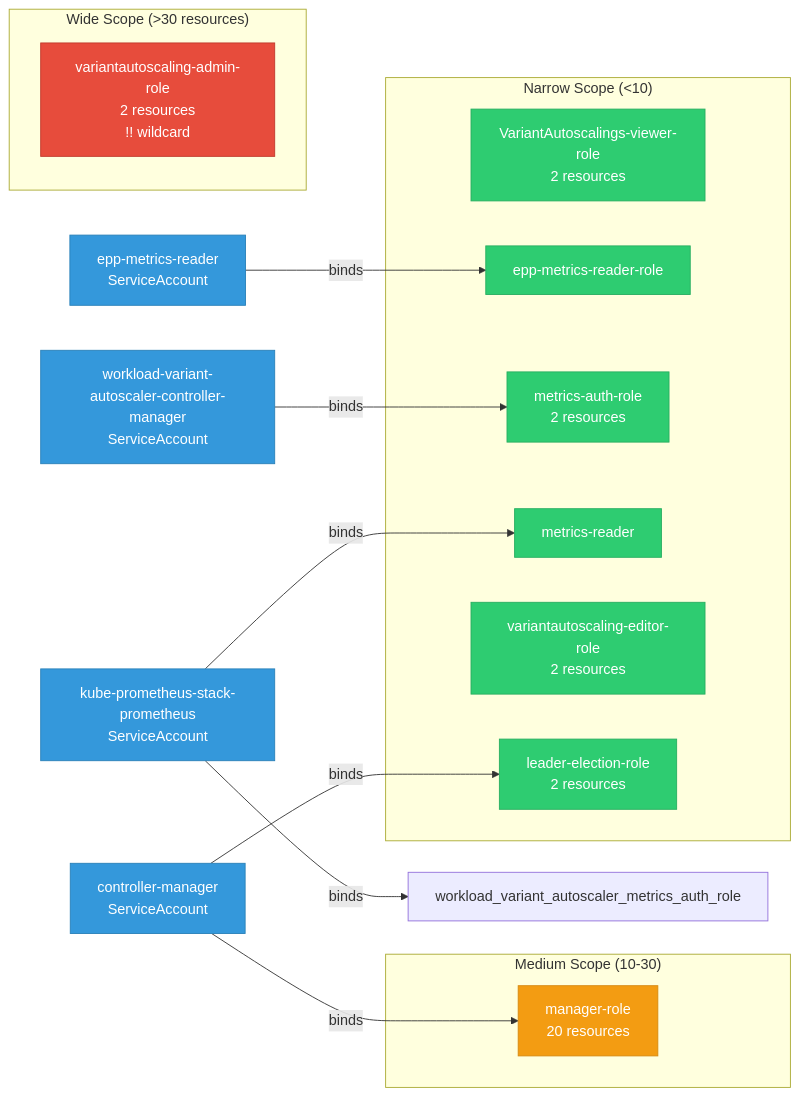
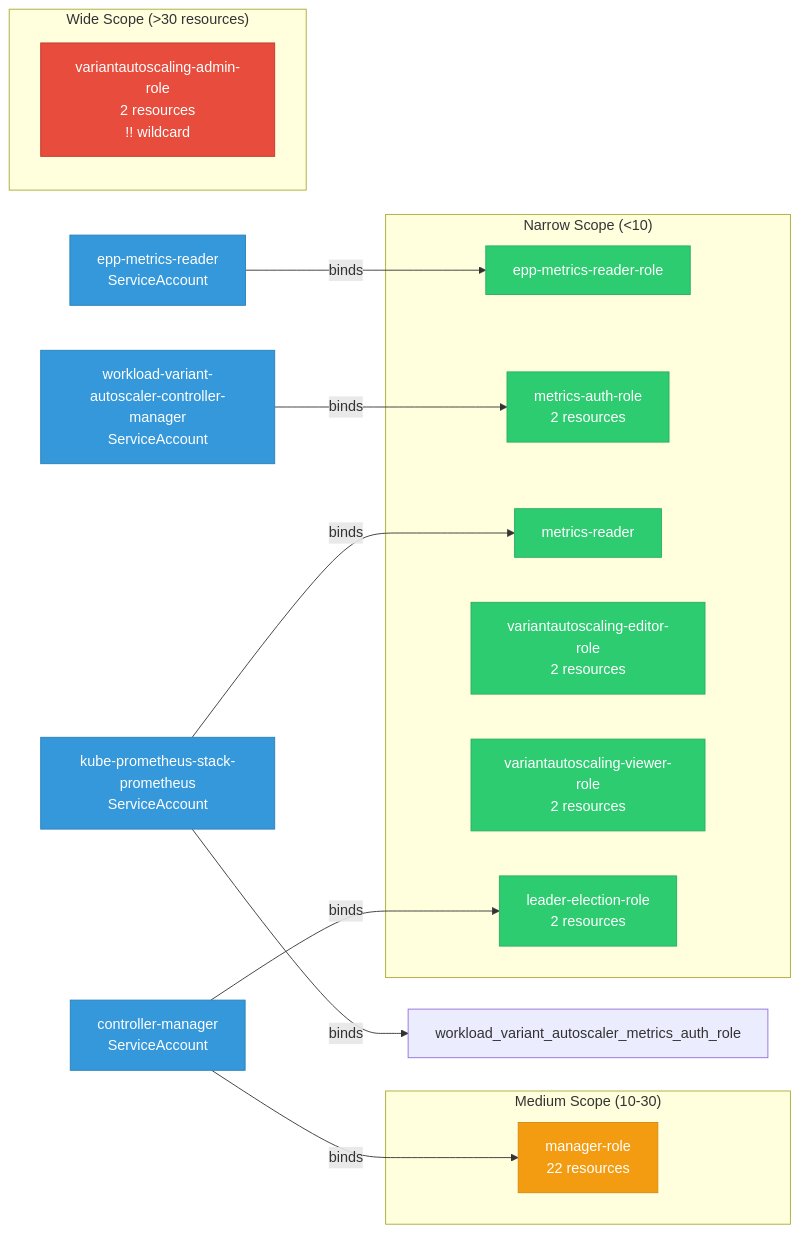
Before and after one commit to ugiordan/rhoai-architecture-analyzer: the diagram in site/docs/use-cases/odh-platform/components/workload_variant_autoscaler/rbac.md, drawn with Mermaid. The commit also changed other lines of this file and 331 other files, not shown here.

````diff
--- a/site/docs/use-cases/odh-platform/components/workload_variant_autoscaler/rbac.md
+++ b/site/docs/use-cases/odh-platform/components/workload_variant_autoscaler/rbac.md
@@ -9,33 +9,33 @@
 ```mermaid
 graph LR
     classDef wide fill:#e74c3c,stroke:#c0392b,color:#fff
     classDef medium fill:#f39c12,stroke:#d68910,color:#fff
     classDef narrow fill:#2ecc71,stroke:#27ae60,color:#fff
     classDef subject fill:#3498db,stroke:#2980b9,color:#fff
 
     subgraph wide["Wide Scope (>30 resources)"]
     variantautoscaling_admin_role["variantautoscaling-admin-role\n2 resources\n!! wildcard"]:::wide
     end
     subgraph med["Medium Scope (10-30)"]
-    manager_role["manager-role\n20 resources"]:::medium
+    manager_role["manager-role\n22 resources"]:::medium
     end
     subgraph nar["Narrow Scope (<10)"]
-    VariantAutoscalings_viewer_role["VariantAutoscalings-viewer-role\n2 resources"]:::narrow
     epp_metrics_reader_role["epp-metrics-reader-role"]:::narrow
     metrics_auth_role["metrics-auth-role\n2 resources"]:::narrow
     metrics_reader["metrics-reader"]:::narrow
     variantautoscaling_editor_role["variantautoscaling-editor-role\n2 resources"]:::narrow
+    variantautoscaling_viewer_role["variantautoscaling-viewer-role\n2 resources"]:::narrow
     leader_election_role["leader-election-role\n2 resources"]:::narrow
     end
 
     subj_epp_metrics_reader["epp-metrics-reader\nServiceAccount"]:::subject
     subj_epp_metrics_reader -->|binds| epp_metrics_reader_role
     subj_controller_manager["controller-manager\nServiceAccount"]:::subject
     subj_controller_manager -->|binds| manager_role
     subj_workload_variant_autoscaler_controller_manager["workload-variant-autoscaler-controller-manager\nServiceAccount"]:::subject
     subj_workload_variant_autoscaler_controller_manager -->|binds| metrics_auth_role
     subj_kube_prometheus_stack_prometheus["kube-prometheus-stack-prometheus\nServiceAccount"]:::subject
     subj_kube_prometheus_stack_prometheus -->|binds| metrics_reader
     subj_kube_prometheus_stack_prometheus -->|binds| workload_variant_autoscaler_metrics_auth_role
     subj_controller_manager -->|binds| leader_election_role
 ```
````
